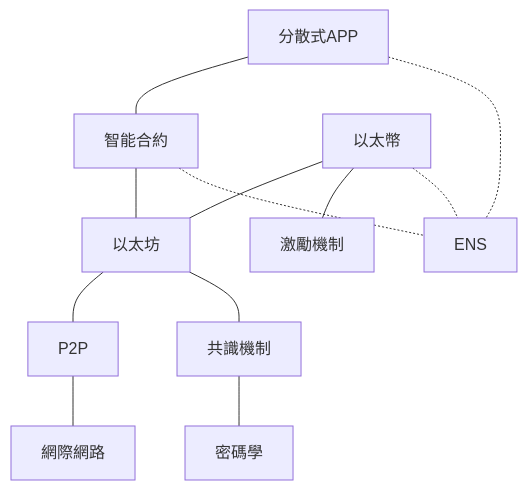
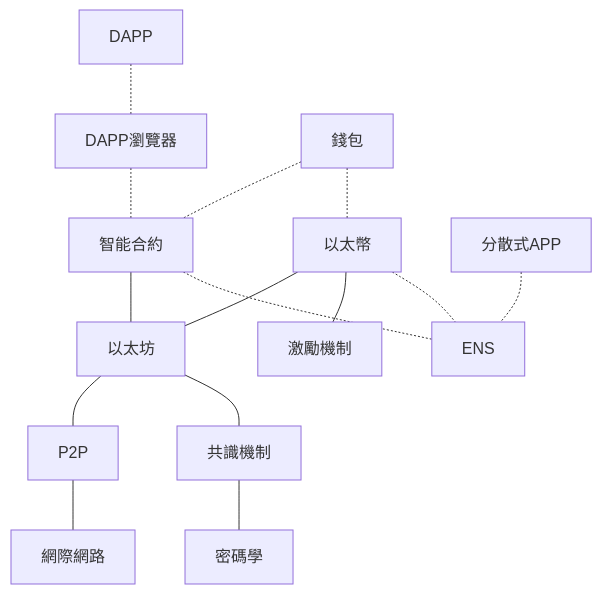
Before and after one commit to gasolin/blog: the diagram in source/_posts/what-is-ethereum.md, drawn with Mermaid. The commit also changed other lines of this file, not shown here.

```diff
--- a/source/_posts/what-is-ethereum.md
+++ b/source/_posts/what-is-ethereum.md
@@ -16,14 +17,17 @@
 {% mermaid %}
 graph TD
-分散式APP --- 智能合約
+DAPP -.- DAPP瀏覽器
+DAPP瀏覽器 -.- 智能合約
+錢包 -.- 智能合約
 智能合約 --- 以太坊
+錢包 -.- 以太幣
 以太幣 --- 以太坊
 以太幣 --- 激勵機制
 以太坊 --- P2P
 以太坊 --- 共識機制
 共識機制 --- 密碼學
 P2P --- 網際網路
 分散式APP -.- ENS
 智能合約 -.- ENS
 以太幣 -.- ENS
 {% endmermaid %}
```
